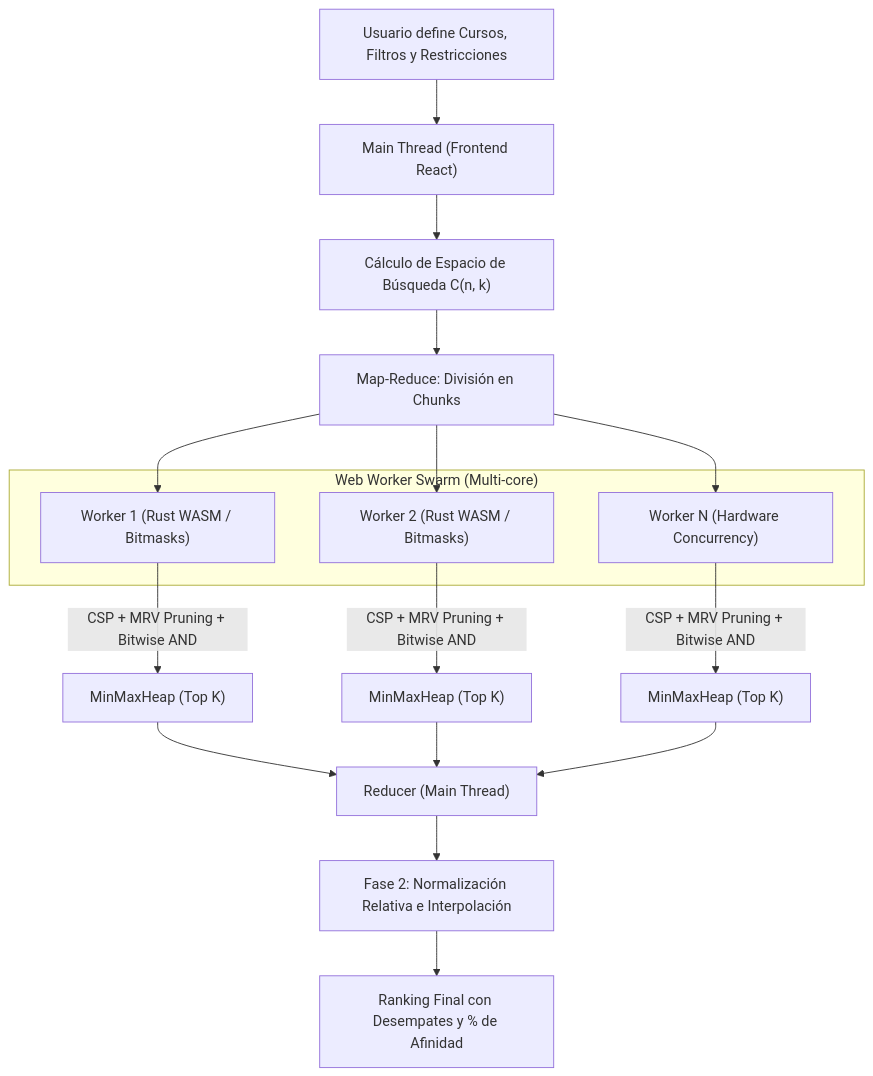
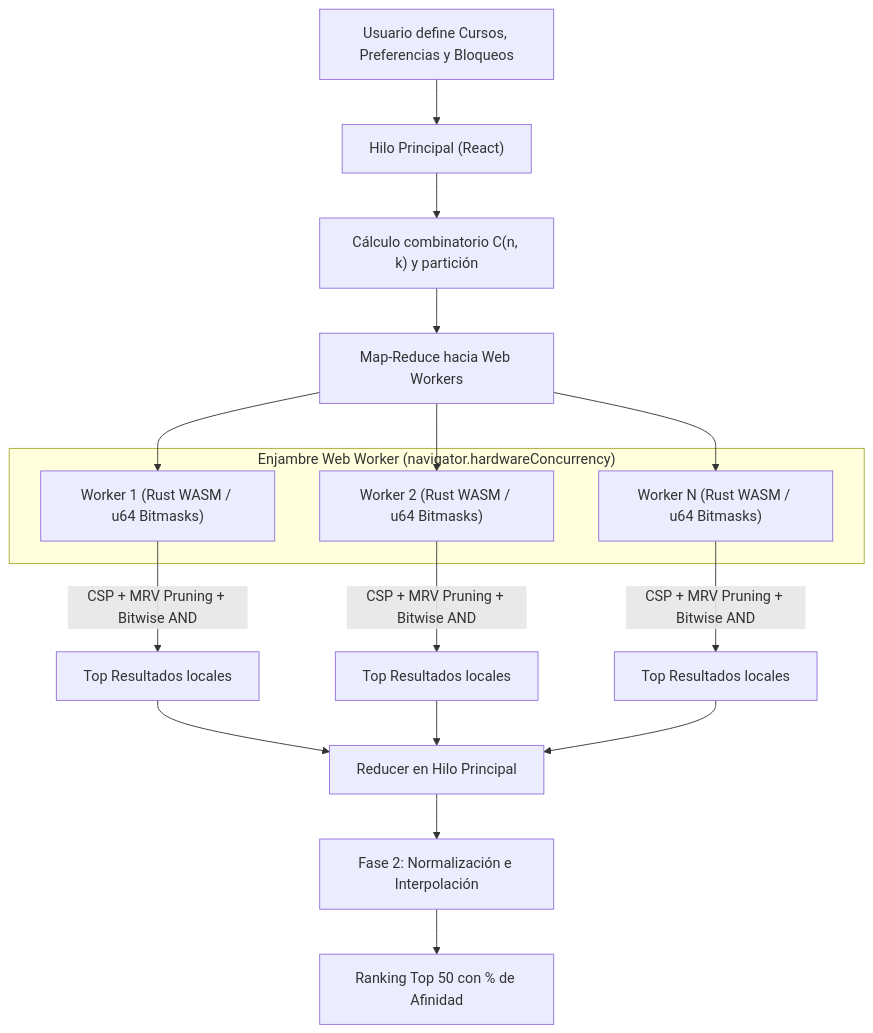
The first of 2 diagrams in README.md (farsep/utec-scheduler), drawn with Mermaid before and after one commit. The commit also changed other lines of this file and 28 other files, not shown here.

````diff
--- a/README.md
+++ b/README.md
@@ -125,27 +102,27 @@
 ```mermaid
 flowchart TD
-    A["Usuario define Cursos, Filtros y Restricciones"] --> B["Main Thread (Frontend React)"]
-    B --> C["Cálculo de Espacio de Búsqueda C(n, k)"]
-    C --> D["Map-Reduce: División en Chunks"]
-    
-    subgraph Swarm ["Web Worker Swarm (Multi-core)"]
-        W1["Worker 1 (Rust WASM / Bitmasks)"]
-        W2["Worker 2 (Rust WASM / Bitmasks)"]
-        WN["Worker N (Hardware Concurrency)"]
+    A["Usuario define Cursos, Preferencias y Bloqueos"] --> B["Hilo Principal (React)"]
+    B --> C["Cálculo combinatorio C(n, k) y partición"]
+    C --> D["Map-Reduce hacia Web Workers"]
+
+    subgraph Swarm ["Enjambre Web Worker (navigator.hardwareConcurrency)"]
+        W1["Worker 1 (Rust WASM / u64 Bitmasks)"]
+        W2["Worker 2 (Rust WASM / u64 Bitmasks)"]
+        WN["Worker N (Rust WASM / u64 Bitmasks)"]
     end
-    
+
     D --> W1
     D --> W2
     D --> WN
-    
-    W1 -->|CSP + MRV Pruning + Bitwise AND| R1["MinMaxHeap (Top K)"]
-    W2 -->|CSP + MRV Pruning + Bitwise AND| R2["MinMaxHeap (Top K)"]
-    WN -->|CSP + MRV Pruning + Bitwise AND| RN["MinMaxHeap (Top K)"]
-    
-    R1 --> RED["Reducer (Main Thread)"]
+
+    W1 -->|CSP + MRV Pruning + Bitwise AND| R1["Top Resultados locales"]
+    W2 -->|CSP + MRV Pruning + Bitwise AND| R2["Top Resultados locales"]
+    WN -->|CSP + MRV Pruning + Bitwise AND| RN["Top Resultados locales"]
+
+    R1 --> RED["Reducer en Hilo Principal"]
     R2 --> RED
     RN --> RED
-    
-    RED --> E["Fase 2: Normalización Relativa e Interpolación"]
-    E --> F["Ranking Final con Desempates y % de Afinidad"]
+
+    RED --> E["Fase 2: Normalización e Interpolación"]
+    E --> F["Ranking Top 50 con % de Afinidad"]
 ```
````
